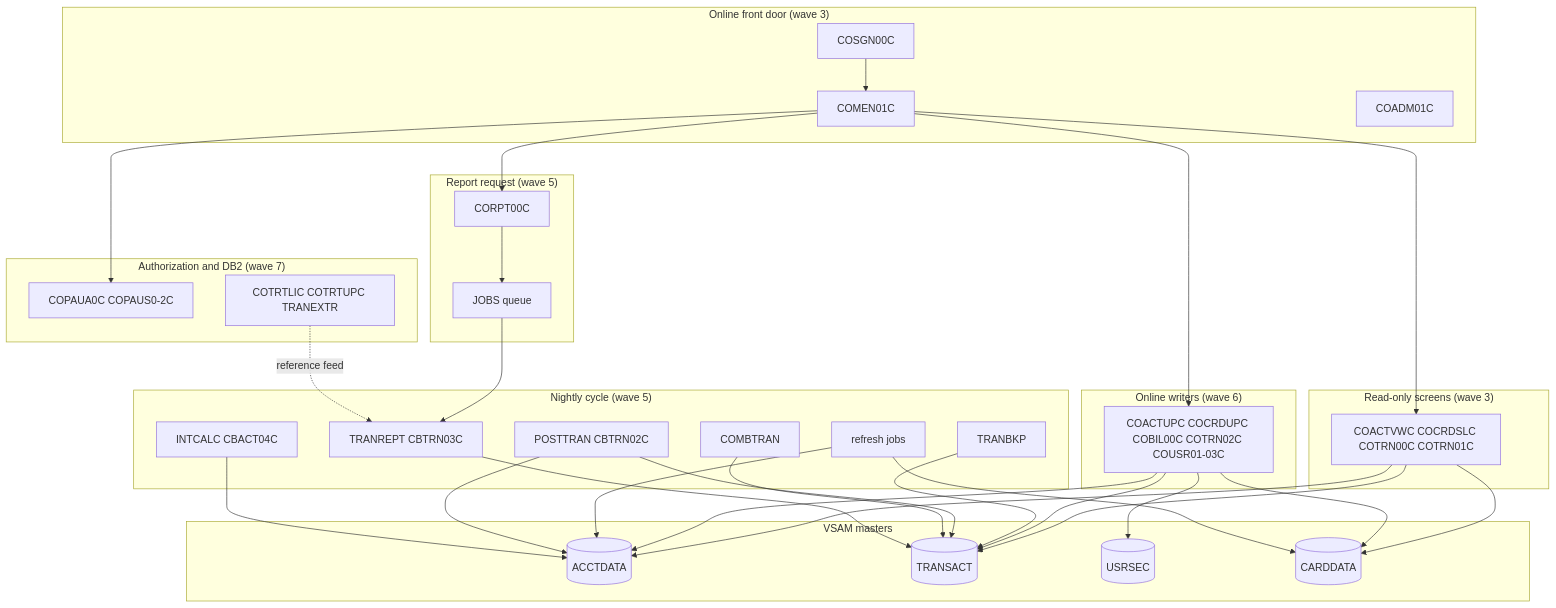
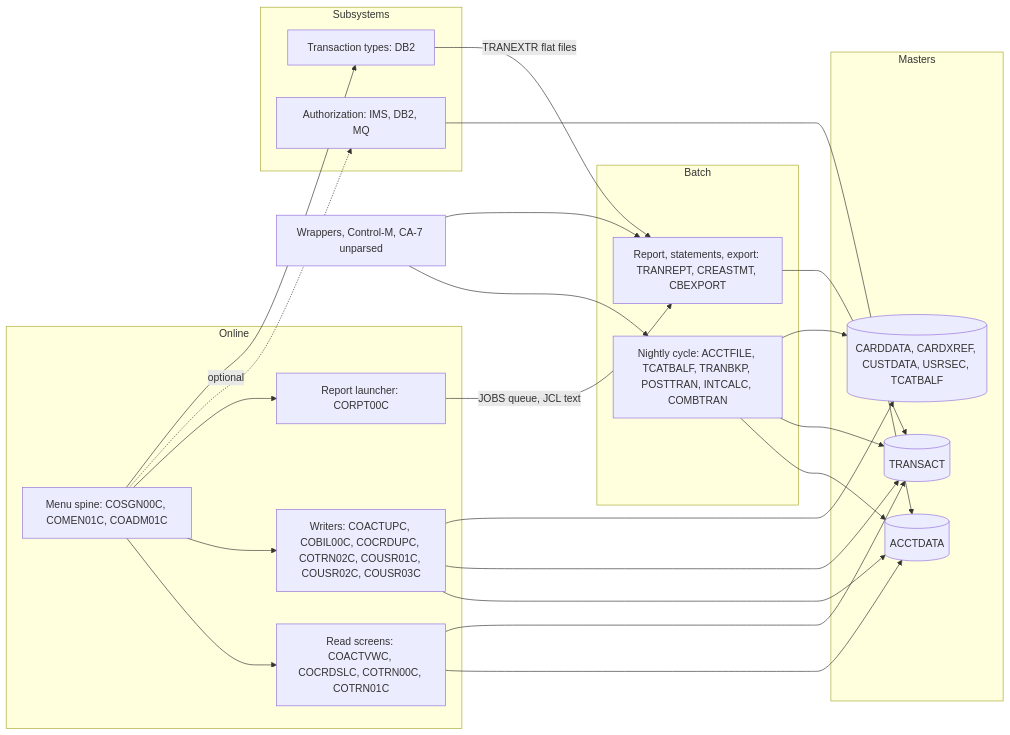
One commit to Sparq-Holding-Inc/claude-legacy-modernization changed the diagram in evals/runs/carddemo-1/modernization-assessment/02-coupling.md. Above: the diagram before and after it, drawn with Mermaid. The commit also changed other lines of this file and 40 other files, not shown here.

First line of the commit message:
Loop 3 scored (plugin c3df5c5): both wave bars met, as repeatability only

````diff
--- a/evals/runs/carddemo-1/modernization-assessment/02-coupling.md
+++ b/evals/runs/carddemo-1/modernization-assessment/02-coupling.md
@@ -58,49 +44,42 @@
 ```mermaid
-graph TD
-  subgraph Front["Online front door (wave 3)"]
-    SGN[COSGN00C]
-    MEN[COMEN01C]
-    ADM[COADM01C]
+flowchart LR
+  subgraph Online
+    SPINE["Menu spine: COSGN00C, COMEN01C, COADM01C"]
+    VIEW["Read screens: COACTVWC, COCRDSLC, COTRN00C, COTRN01C"]
+    WRITE["Writers: COACTUPC, COBIL00C, COCRDUPC, COTRN02C, COUSR01C, COUSR02C, COUSR03C"]
+    RPT["Report launcher: CORPT00C"]
   end
-  subgraph Screens["Read-only screens (wave 3)"]
-    VIEW[COACTVWC COCRDSLC COTRN00C COTRN01C]
+  subgraph Masters
+    ACCT[("ACCTDATA")]
+    TRAN[("TRANSACT")]
+    OTHER[("CARDDATA, CARDXREF, CUSTDATA, USRSEC, TCATBALF")]
   end
-  subgraph Writers["Online writers (wave 6)"]
-    WR[COACTUPC COCRDUPC COBIL00C COTRN02C COUSR01-03C]
+  subgraph Batch
+    CYCLE["Nightly cycle: ACCTFILE, TCATBALF, TRANBKP, POSTTRAN, INTCALC, COMBTRAN"]
+    READ["Report, statements, export: TRANREPT, CREASTMT, CBEXPORT"]
   end
-  subgraph Masters["VSAM masters"]
-    ACCT[(ACCTDATA)]
-    TRAN[(TRANSACT)]
-    USR[(USRSEC)]
-    CARD[(CARDDATA)]
+  subgraph Subsystems
+    AUTH["Authorization: IMS, DB2, MQ"]
+    TYPES["Transaction types: DB2"]
   end
-  subgraph Cycle["Nightly cycle (wave 5)"]
-    REF[refresh jobs]
-    BKP[TRANBKP]
-    POST[POSTTRAN CBTRN02C]
-    INT[INTCALC CBACT04C]
-    COMB[COMBTRAN]
-    REP[TRANREPT CBTRN03C]
-  end
-  subgraph Rpt["Report request (wave 5)"]
-    RPT[CORPT00C]
-    JOBQ[JOBS queue]
-  end
-  subgraph Auth["Authorization and DB2 (wave 7)"]
-    AUTH[COPAUA0C COPAUS0-2C]
-    DB2T[COTRTLIC COTRTUPC TRANEXTR]
-  end
-  SGN --> MEN --> VIEW
-  MEN --> WR
-  MEN --> RPT --> JOBQ --> REP
-  MEN --> AUTH
-  VIEW --> ACCT & TRAN & CARD
-  WR --> ACCT & TRAN & USR & CARD
-  REF --> ACCT & CARD
-  BKP --> TRAN
-  POST --> TRAN & ACCT
-  INT --> ACCT
-  COMB --> TRAN
-  REP --> TRAN
-  DB2T -. reference feed .-> REP
+  SCHED["Wrappers, Control-M, CA-7 unparsed"]
+  SPINE --> VIEW
+  SPINE --> WRITE
+  SPINE --> RPT
+  SPINE -.optional.-> AUTH
+  SPINE --> TYPES
+  VIEW --> ACCT
+  VIEW --> TRAN
+  WRITE --> ACCT
+  WRITE --> TRAN
+  WRITE --> OTHER
+  RPT -->|JOBS queue, JCL text| READ
+  CYCLE --> ACCT
+  CYCLE --> TRAN
+  CYCLE --> OTHER
+  READ --> TRAN
+  TYPES -->|TRANEXTR flat files| READ
+  AUTH --> ACCT
+  SCHED --> CYCLE
+  SCHED --> READ
 ```
````
